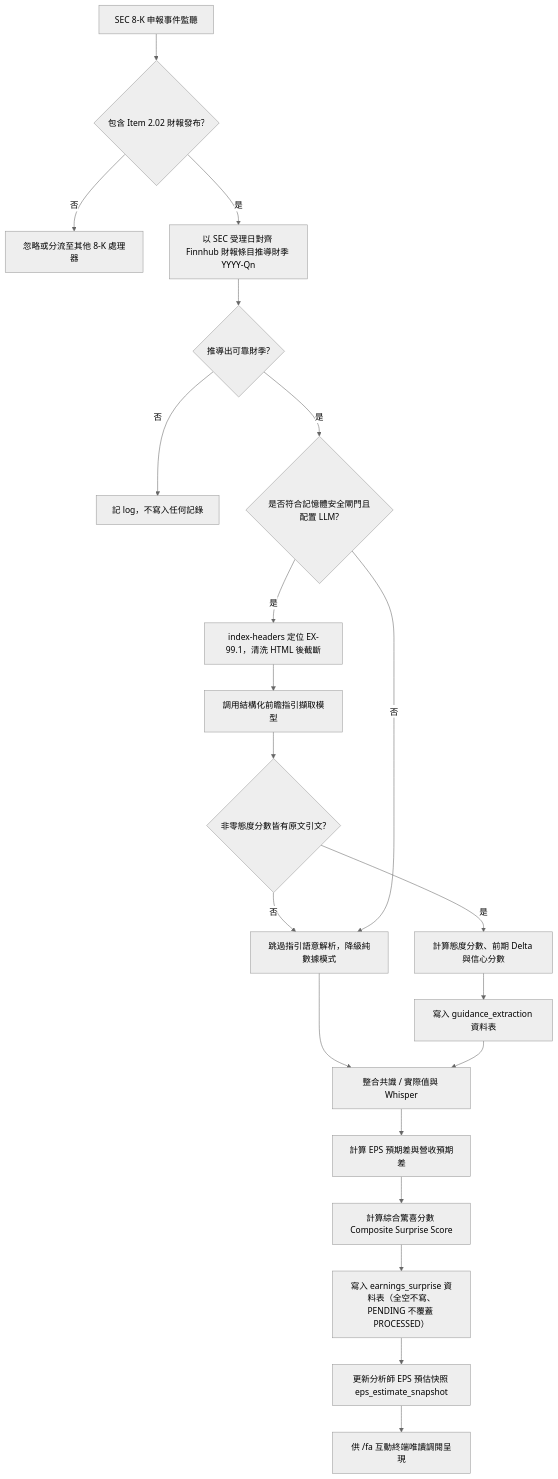
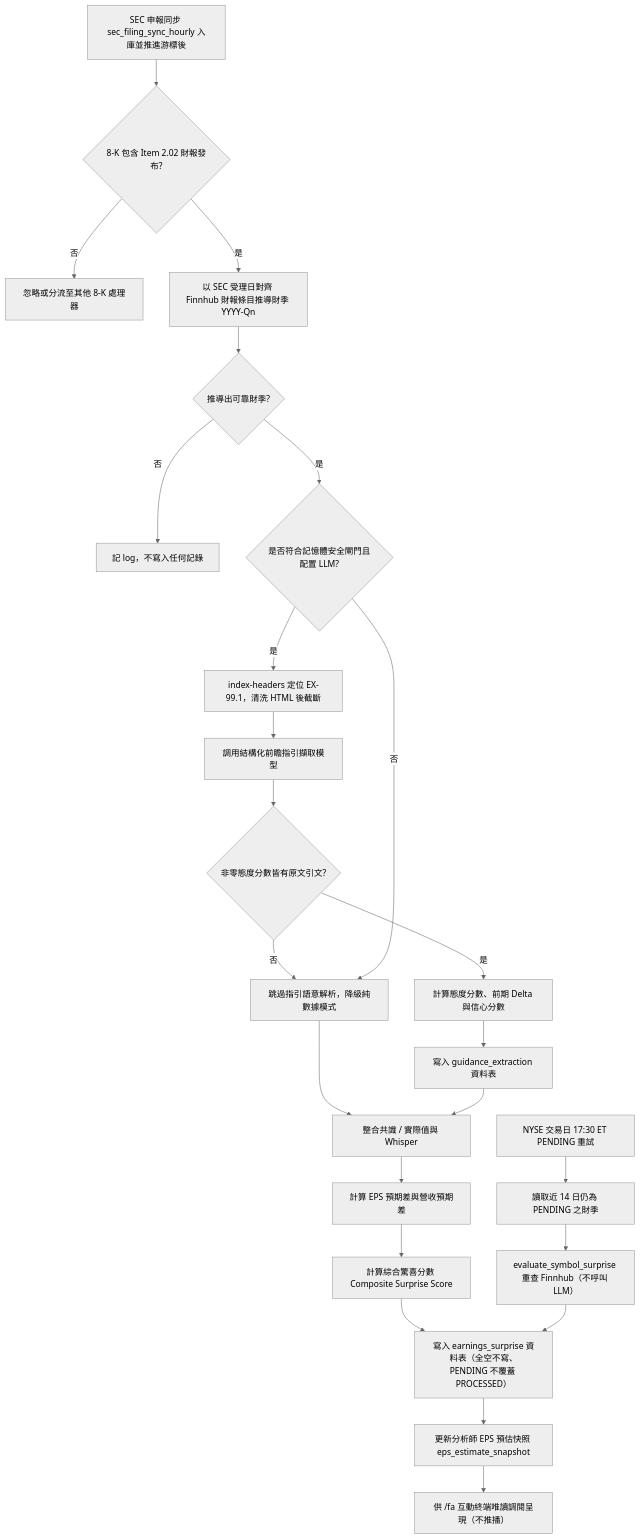
One commit to cosmo-chang-1701/nexus-seeker changed the diagram in docs/valuation_pricing/05_earnings_surprise_and_guidance_delta.md. Above: the diagram before and after it, drawn with Mermaid (neutral theme). The commit also changed other lines of this file and 14 other files, not shown here.

First line of the commit message:
feat(基本面管線): PR3 接上財報預期差事件觸發與 PENDING 重試排程——8-K Item 2.02 注入 EarningsSurpriseService，交易日 17:30 ET 重算 PENDING

````diff
--- a/docs/valuation_pricing/05_earnings_surprise_and_guidance_delta.md
+++ b/docs/valuation_pricing/05_earnings_surprise_and_guidance_delta.md
@@ -131,23 +143,26 @@
 ```mermaid
 flowchart TD
-    A[SEC 8-K 申報事件監聽] --> B{包含 Item 2.02 財報發布?}
+    A[SEC 申報同步 sec_filing_sync_hourly 入庫並推進游標後] --> B{8-K 包含 Item 2.02 財報發布?}
     B -- 否 --> C[忽略或分流至其他 8-K 處理器]
     B -- 是 --> P[以 SEC 受理日對齊 Finnhub 財報條目推導財季 YYYY-Qn]
     P --> Q{推導出可靠財季?}
     Q -- 否 --> R[記 log，不寫入任何記錄]
     Q -- 是 --> E{是否符合記憶體安全閘門且配置 LLM?}
     E -- 是 --> D[index-headers 定位 EX-99.1，清洗 HTML 後截斷]
     D --> F[調用結構化前瞻指引擷取模型]
     F --> S{非零態度分數皆有原文引文?}
     S -- 否 --> G
     S -- 是 --> H[計算態度分數、前期 Delta 與信心分數]
     E -- 否 --> G[跳過指引語意解析，降級純數據模式]
     H --> I[寫入 guidance_extraction 資料表]
     G --> J[整合共識 / 實際值與 Whisper]
     I --> J
     J --> K[計算 EPS 預期差與營收預期差]
     K --> L[計算綜合驚喜分數 Composite Surprise Score]
     L --> M[寫入 earnings_surprise 資料表（全空不寫、PENDING 不覆蓋 PROCESSED）]
     M --> N[更新分析師 EPS 預估快照 eps_estimate_snapshot]
-    N --> O[供 /fa 互動終端唯讀調閱呈現]
+    N --> O[供 /fa 互動終端唯讀調閱呈現（不推播）]
+    T[NYSE 交易日 17:30 ET PENDING 重試] --> U[讀取近 14 日仍為 PENDING 之財季]
+    U --> V[evaluate_symbol_surprise 重查 Finnhub（不呼叫 LLM）]
+    V --> M
 ```
````
